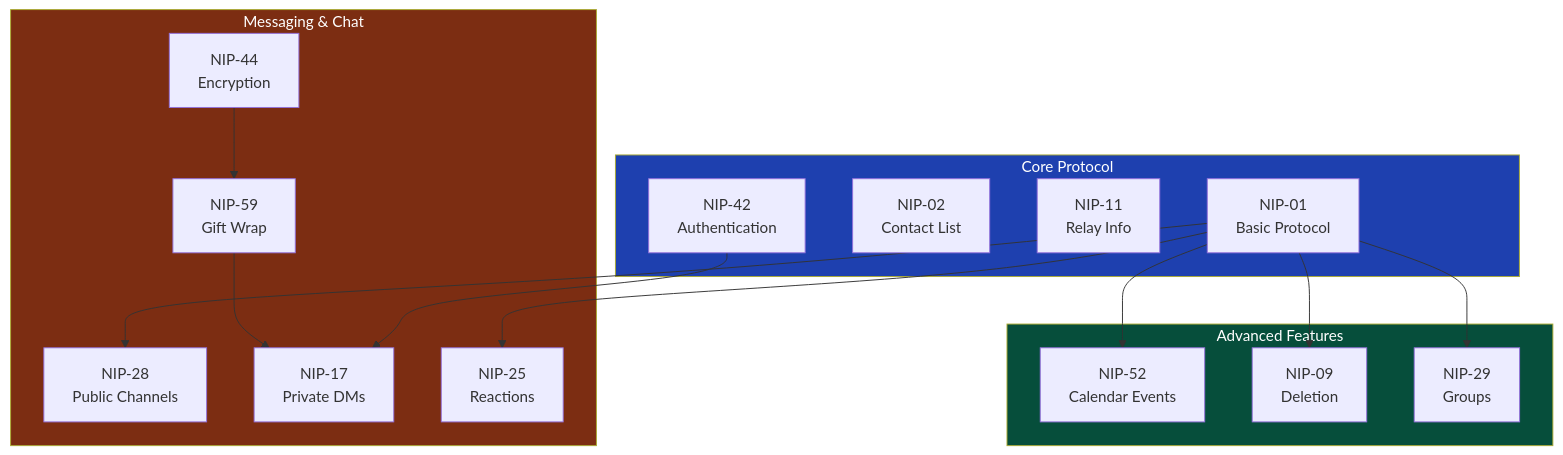
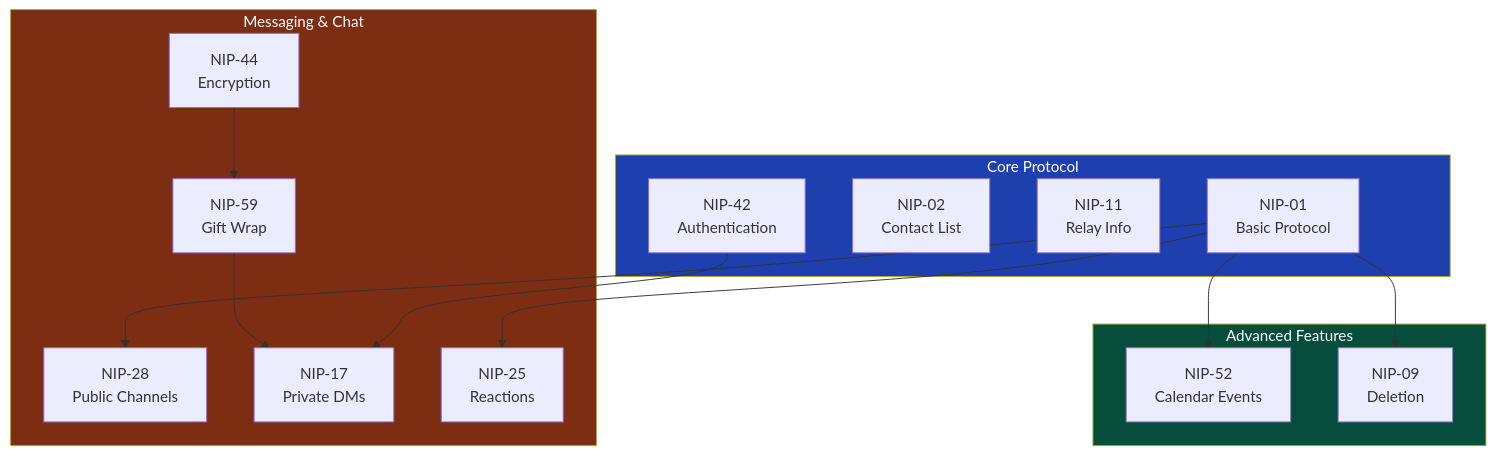
Before and after one commit to jjohare/minimoonoir: the fourth of 9 diagrams in README.md, drawn with Mermaid. The commit also changed other lines of this file and 27 other files, not shown here.

First line of the commit message:
chore: deprecate Docker architecture, update docs for serverless

````diff
--- a/README.md
+++ b/README.md
@@ -126,36 +173,34 @@
 ```mermaid
 graph TB
     subgraph Core["Core Protocol"]
         NIP01["NIP-01<br/>Basic Protocol"]
         NIP02["NIP-02<br/>Contact List"]
         NIP11["NIP-11<br/>Relay Info"]
         NIP42["NIP-42<br/>Authentication"]
     end
 
     subgraph Messaging["Messaging & Chat"]
         NIP28["NIP-28<br/>Public Channels"]
         NIP17["NIP-17<br/>Private DMs"]
         NIP44["NIP-44<br/>Encryption"]
         NIP59["NIP-59<br/>Gift Wrap"]
         NIP25["NIP-25<br/>Reactions"]
     end
 
     subgraph Features["Advanced Features"]
         NIP52["NIP-52<br/>Calendar Events"]
         NIP09["NIP-09<br/>Deletion"]
-        NIP29["NIP-29<br/>Groups"]
     end
 
     NIP01 --> NIP28
     NIP01 --> NIP52
     NIP42 --> NIP17
     NIP44 --> NIP59
     NIP59 --> NIP17
     NIP01 --> NIP25
     NIP01 --> NIP09
-    NIP01 --> NIP29
 
     style Core fill:#1e40af,color:#fff
     style Messaging fill:#7c2d12,color:#fff
     style Features fill:#064e3b,color:#fff
 ```
````
